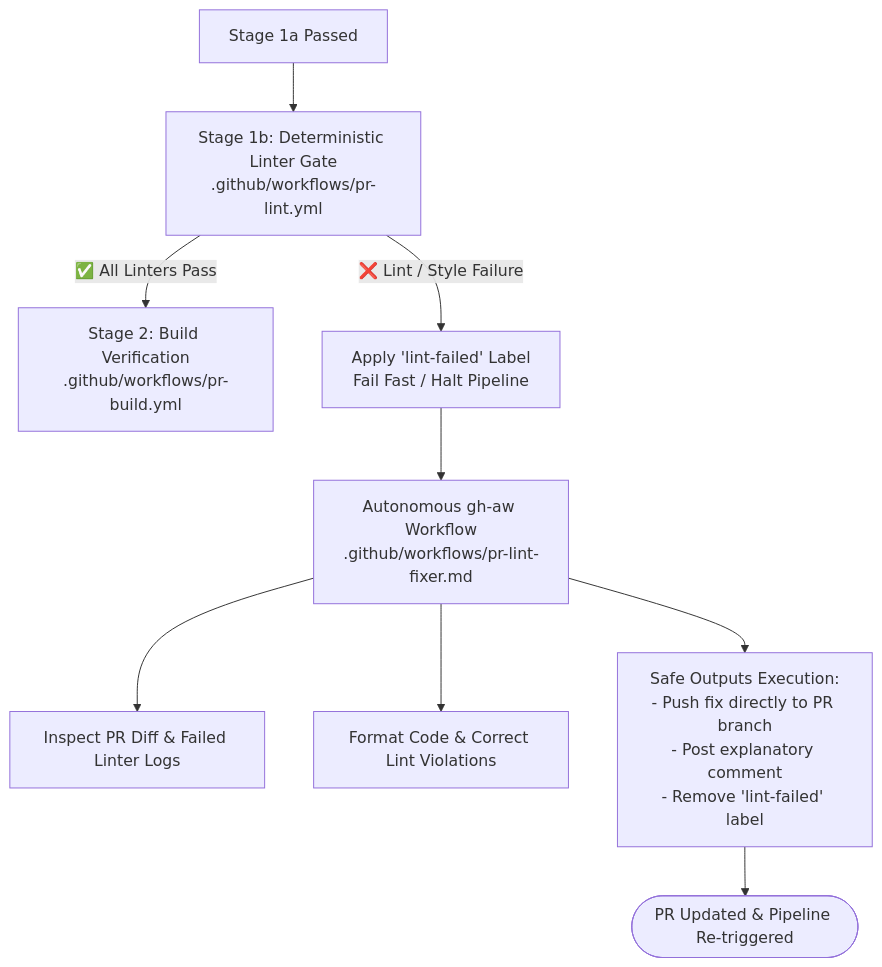
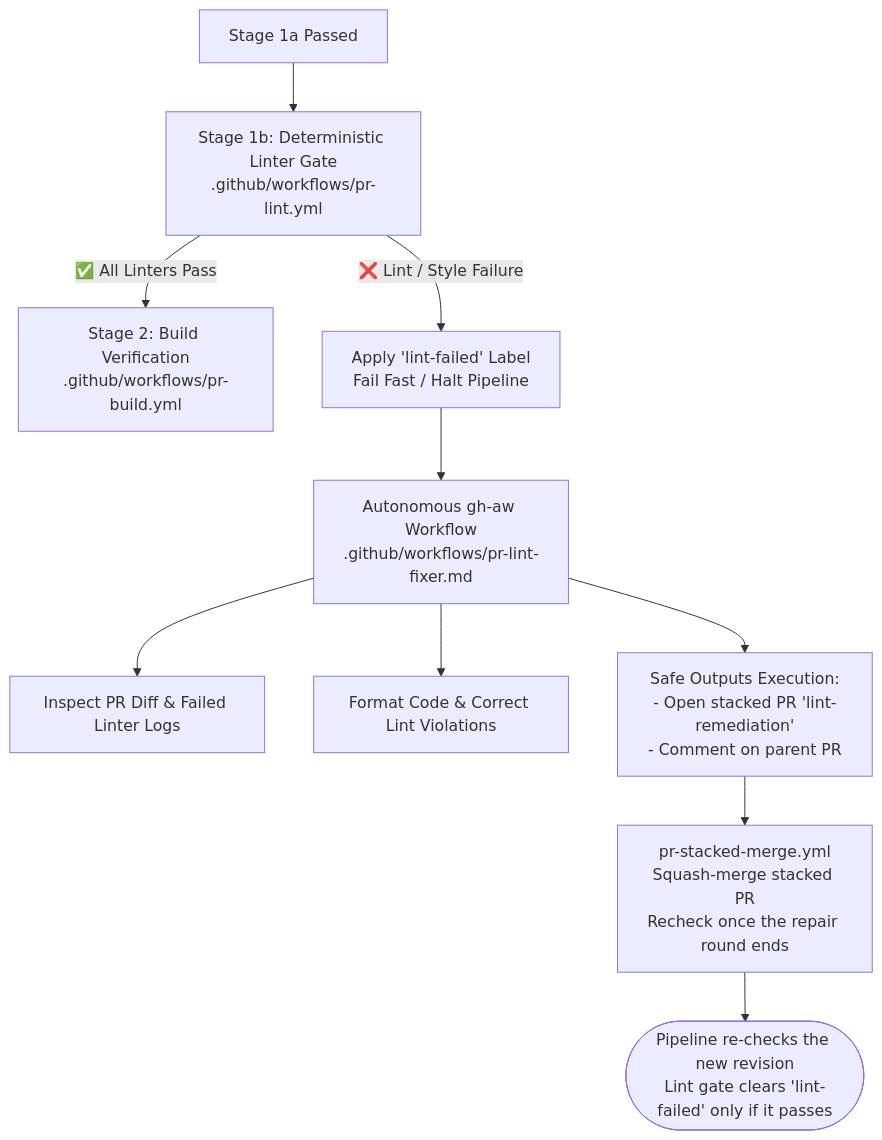
One commit to SitoaderOrg/ForgeFlow changed the diagram in docs/pr-lint-and-fixer.md. Above: the diagram before and after it, drawn with Mermaid. The commit also changed other lines of this file and 24 other files, not shown here.

First line of the commit message:
feat(ci): check-repair-recheck loop with stacked lint fixes and pr-quality verdict

````diff
--- a/docs/pr-lint-and-fixer.md
+++ b/docs/pr-lint-and-fixer.md
@@ -9,13 +9,14 @@
 ```mermaid
 flowchart TD
     GatekeeperPass[Stage 1a Passed] --> Linter[Stage 1b: Deterministic Linter Gate\n.github/workflows/pr-lint.yml]
     
     Linter -->|✅ All Linters Pass| NextStage[Stage 2: Build Verification\n.github/workflows/pr-build.yml]
     Linter -->|❌ Lint / Style Failure| AddLabel[Apply 'lint-failed' Label\nFail Fast / Halt Pipeline]
     
     AddLabel --> Fixer[Autonomous gh-aw Workflow\n.github/workflows/pr-lint-fixer.md]
     Fixer --> Inspect[Inspect PR Diff & Failed Linter Logs]
     Fixer --> Remediate[Format Code & Correct Lint Violations]
-    Fixer --> SafeOutputs[Safe Outputs Execution:\n- Push fix directly to PR branch\n- Post explanatory comment\n- Remove 'lint-failed' label]
-    SafeOutputs --> Recheck([PR Updated & Pipeline Re-triggered])
+    Fixer --> SafeOutputs[Safe Outputs Execution:\n- Open stacked PR 'lint-remediation'\n- Comment on parent PR]
+    SafeOutputs --> Relay[pr-stacked-merge.yml\nSquash-merge stacked PR\nRecheck once the repair round ends]
+    Relay --> Recheck([Pipeline re-checks the new revision\nLint gate clears 'lint-failed' only if it passes])
 ```
````
